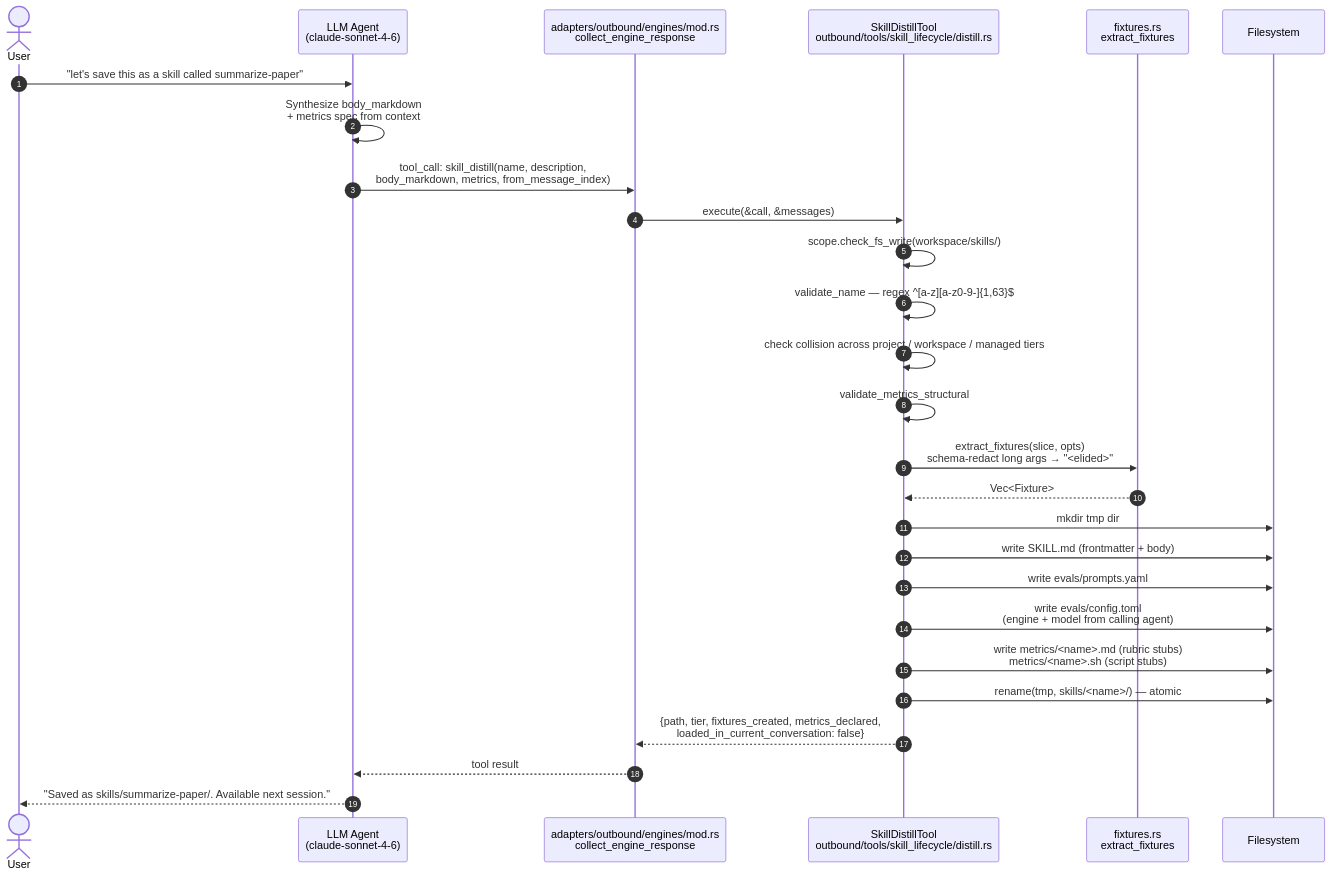
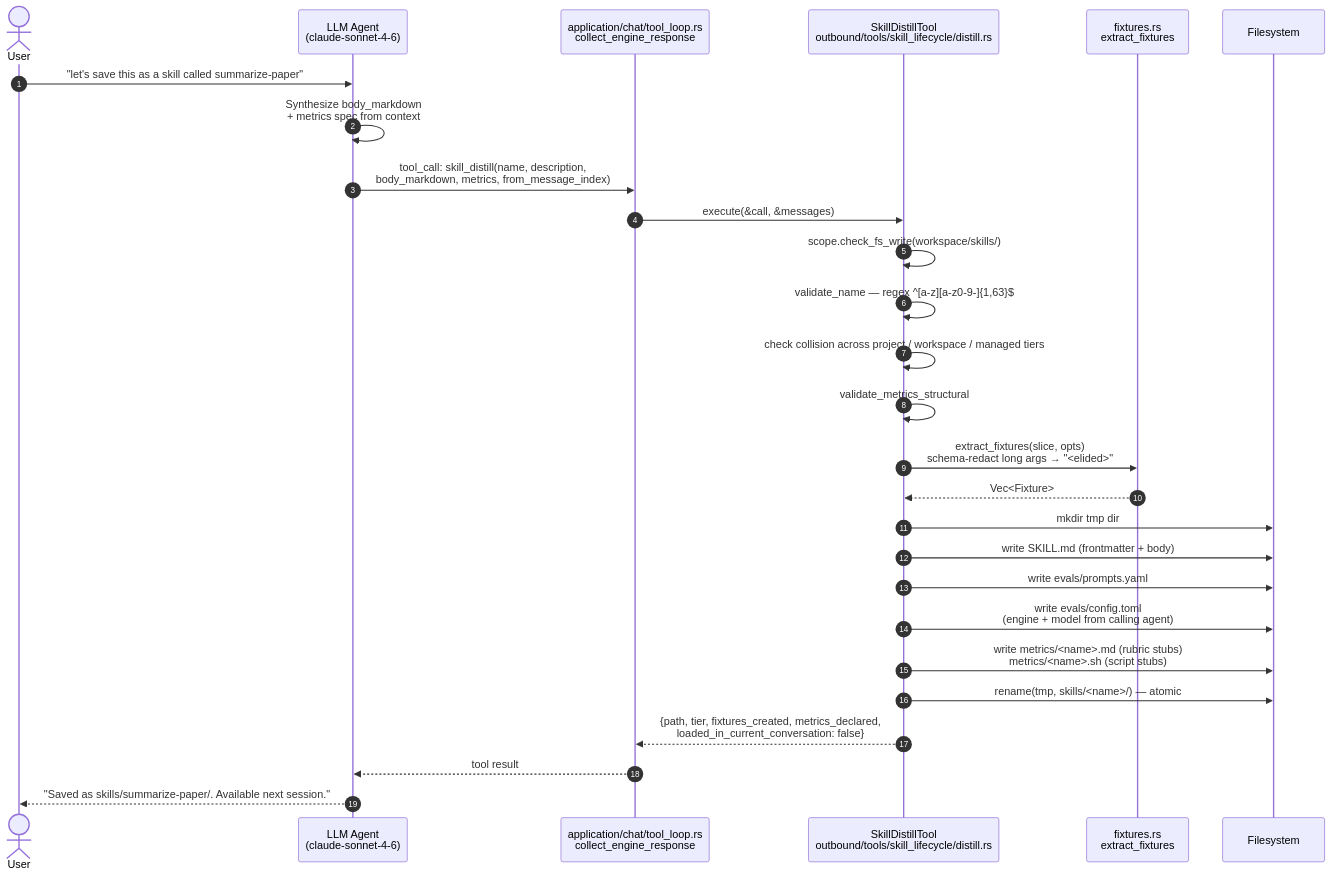
The third of 8 diagrams in docs/skill-lifecycle-pipeline-diagrams.md (DemidovVladimir/tengu-cluster), drawn with Mermaid before and after one commit. The commit also changed other lines of this file and 68 other files, not shown here.

First line of the commit message:
Docs sweep A: docs and tutorial pages match the code (README, architecture, context, research, memory/skills, 22 tutorial pages) (#42)

````diff
--- a/docs/skill-lifecycle-pipeline-diagrams.md
+++ b/docs/skill-lifecycle-pipeline-diagrams.md
@@ -129,30 +129,30 @@
 ```mermaid
 sequenceDiagram
     autonumber
     actor U as User
     participant A as LLM Agent<br/>(claude-sonnet-4-6)
-    participant E as adapters/outbound/engines/mod.rs<br/>collect_engine_response
+    participant E as application/chat/tool_loop.rs<br/>collect_engine_response
     participant T as SkillDistillTool<br/>outbound/tools/skill_lifecycle/distill.rs
     participant F as fixtures.rs<br/>extract_fixtures
     participant FS as Filesystem
 
     U->>A: "let's save this as a skill called summarize-paper"
     A->>A: Synthesize body_markdown<br/>+ metrics spec from context
     A->>E: tool_call: skill_distill(name, description,<br/>body_markdown, metrics, from_message_index)
     E->>T: execute(&call, &messages)
     T->>T: scope.check_fs_write(workspace/skills/)
     T->>T: validate_name — regex ^[a-z][a-z0-9-]{1,63}$
     T->>T: check collision across project / workspace / managed tiers
     T->>T: validate_metrics_structural
     T->>F: extract_fixtures(slice, opts)<br/>schema-redact long args → "<elided>"
     F-->>T: Vec<Fixture>
     T->>FS: mkdir tmp dir
     T->>FS: write SKILL.md (frontmatter + body)
     T->>FS: write evals/prompts.yaml
     T->>FS: write evals/config.toml<br/>(engine + model from calling agent)
     T->>FS: write metrics/<name>.md (rubric stubs)<br/>metrics/<name>.sh (script stubs)
     T->>FS: rename(tmp, skills/<name>/) — atomic
     T-->>E: {path, tier, fixtures_created, metrics_declared,<br/>loaded_in_current_conversation: false}
     E-->>A: tool result
     A-->>U: "Saved as skills/summarize-paper/. Available next session."
 ```
````
